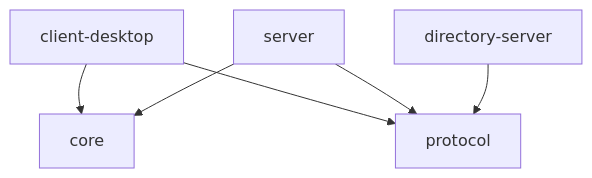
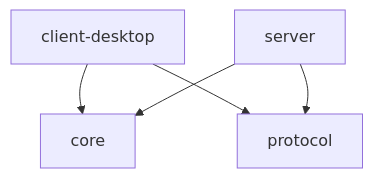
Before and after one commit to mci-dibse-labyrinth-ws26/labyrinth: the second of 2 diagrams in docs/devops.md, drawn with Mermaid. The commit also changed other lines of this file and 9 other files, not shown here.

Commit message:
chore: remove directory-server module

````diff
--- a/docs/devops.md
+++ b/docs/devops.md
@@ -158,8 +158,7 @@
 ```mermaid
 flowchart TD
   client[client-desktop] --> core
   client --> protocol
   server --> core
   server --> protocol
-  directory[directory-server] --> protocol
 ```
````
